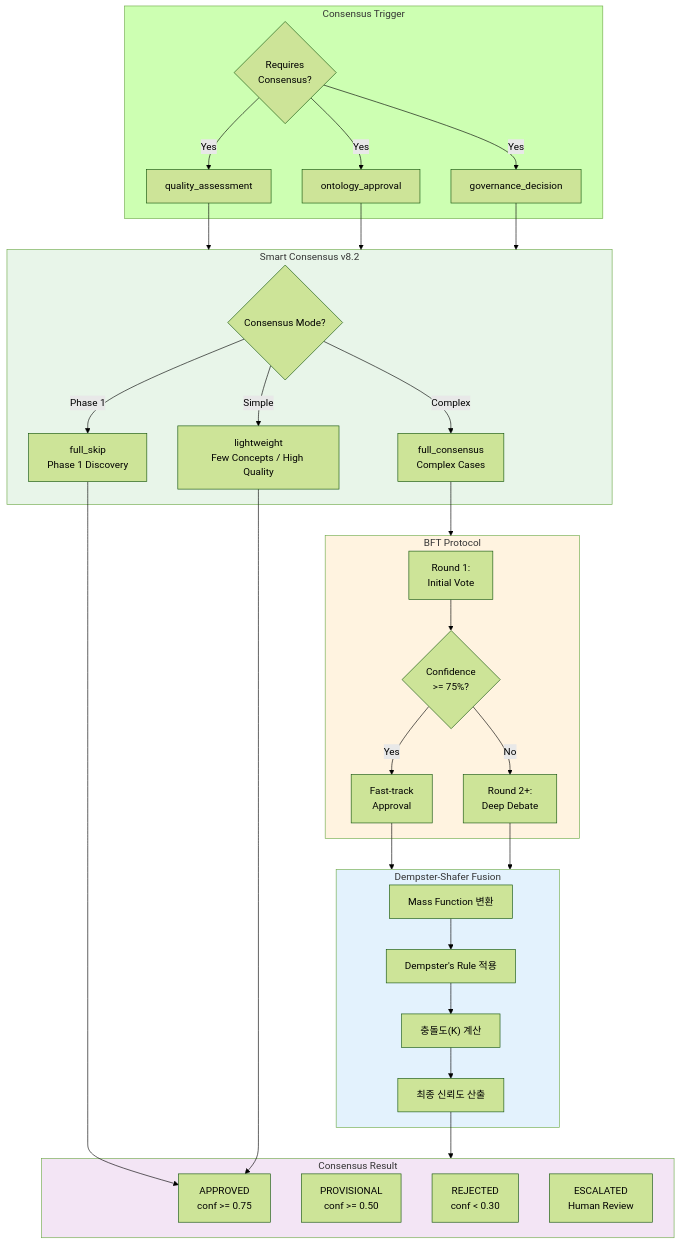
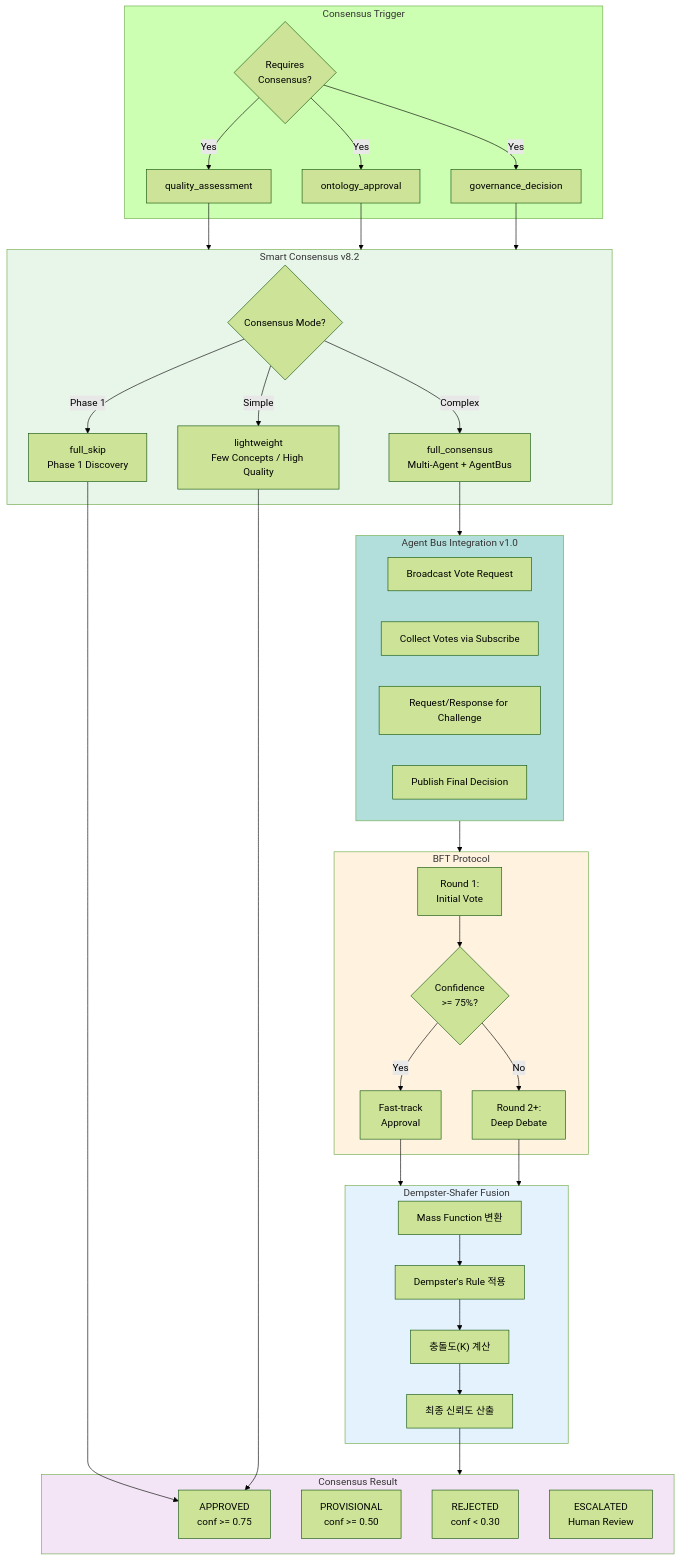
One commit to sabill123/ontology changed the first of 11 diagrams in docs/diagrams/04-consensus-engine.md. Above: the diagram before and after it, drawn with Mermaid (forest theme). The commit also changed other lines of this file and 176 other files, not shown here.

````diff
--- a/docs/diagrams/04-consensus-engine.md
+++ b/docs/diagrams/04-consensus-engine.md
@@ -8,61 +8,70 @@
 ```mermaid
 flowchart TB
     subgraph TRIGGER["Consensus Trigger"]
         T1{Requires<br/>Consensus?}
         T2[quality_assessment]
         T3[ontology_approval]
         T4[governance_decision]
     end
 
+    subgraph AGENTBUS["Agent Bus Integration v1.0"]
+        AB1[Broadcast Vote Request]
+        AB2[Collect Votes via Subscribe]
+        AB3[Request/Response for Challenge]
+        AB4[Publish Final Decision]
+    end
+
     subgraph SMART["Smart Consensus v8.2"]
         S1{Consensus Mode?}
         S2["full_skip<br/>Phase 1 Discovery"]
         S3["lightweight<br/>Few Concepts / High Quality"]
-        S4["full_consensus<br/>Complex Cases"]
+        S4["full_consensus<br/>Multi-Agent + AgentBus"]
     end
 
     subgraph BFT["BFT Protocol"]
         F1["Round 1:<br/>Initial Vote"]
         F2{Confidence<br/>>= 75%?}
         F3["Fast-track<br/>Approval"]
         F4["Round 2+:<br/>Deep Debate"]
     end
 
     subgraph DS["Dempster-Shafer Fusion"]
         D1["Mass Function 변환"]
         D2["Dempster's Rule 적용"]
         D3["충돌도(K) 계산"]
         D4["최종 신뢰도 산출"]
     end
 
     subgraph RESULT["Consensus Result"]
         R1["APPROVED<br/>conf >= 0.75"]
         R2["PROVISIONAL<br/>conf >= 0.50"]
         R3["REJECTED<br/>conf < 0.30"]
         R4["ESCALATED<br/>Human Review"]
     end
 
     T1 -->|Yes| T2 & T3 & T4
     T2 & T3 & T4 --> SMART
     S1 -->|Phase 1| S2
     S1 -->|Simple| S3
     S1 -->|Complex| S4
 
     S2 --> R1
     S3 --> R1
-    S4 --> BFT
+    S4 --> AGENTBUS
+    AGENTBUS --> BFT
 
     F1 --> F2
     F2 -->|Yes| F3
     F2 -->|No| F4
     F3 --> DS
     F4 --> DS
 
     D1 --> D2 --> D3 --> D4
     D4 --> RESULT
 
     style SMART fill:#e8f5e9
+    style AGENTBUS fill:#b2dfdb
     style BFT fill:#fff3e0
     style DS fill:#e3f2fd
     style RESULT fill:#f3e5f5
 ```
````
